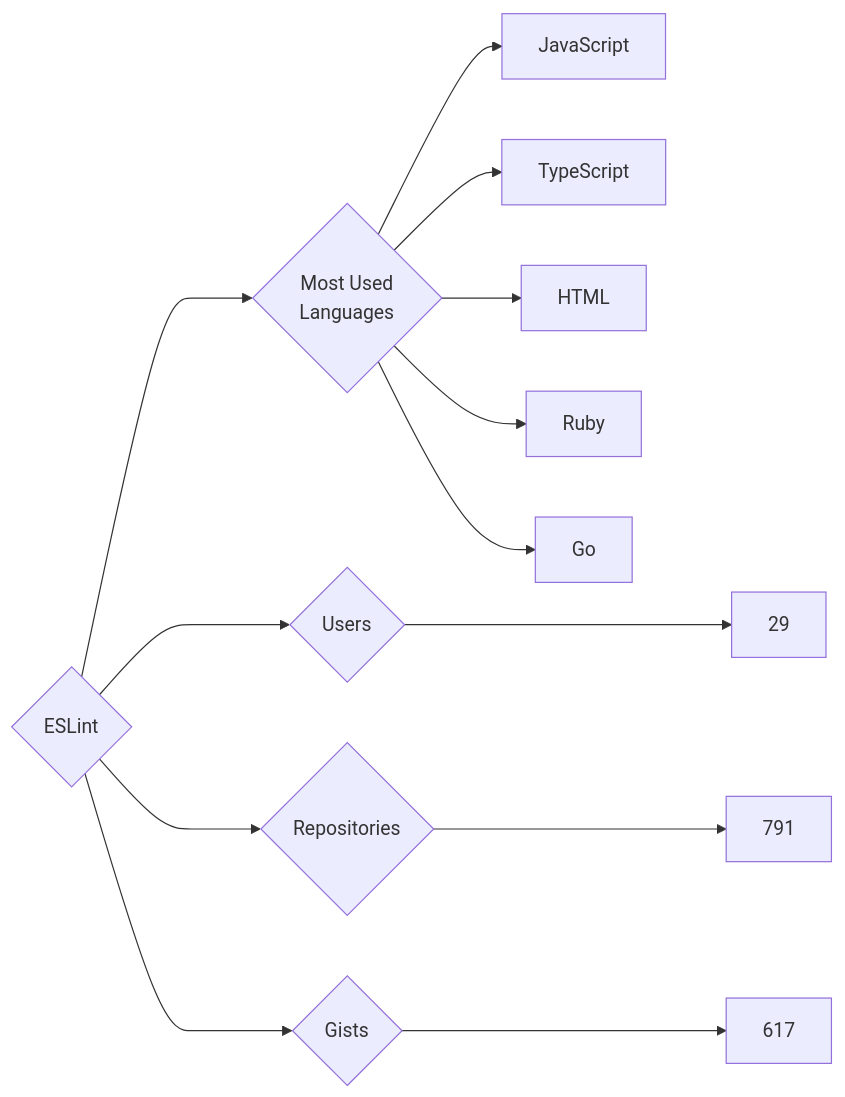
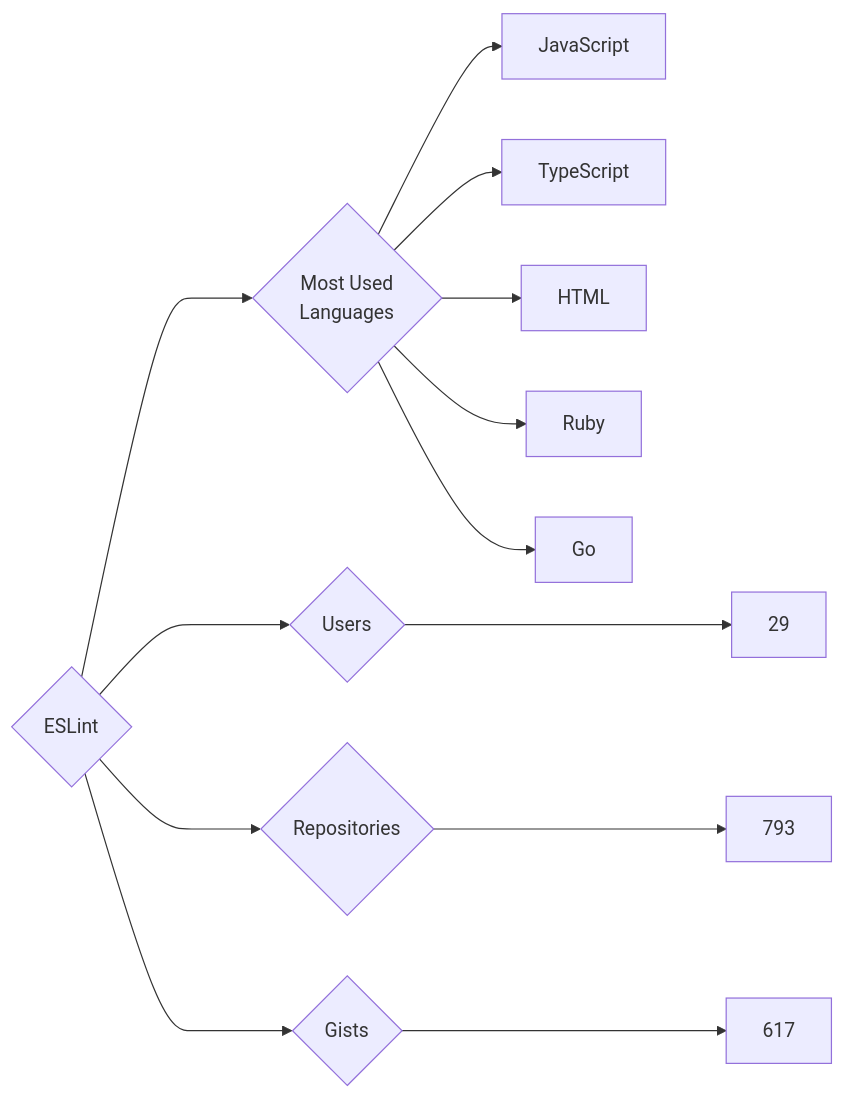
Before and after one commit to trickest/insiders: the diagram in targets/ESLint/README.md, drawn with Mermaid. The commit also changed 809 other files, not shown here.

````diff
--- a/targets/ESLint/README.md
+++ b/targets/ESLint/README.md
@@ -3,13 +3,13 @@
 ```mermaid
 graph LR
 COMPANY_NAME{ESLint}
 COMPANY_NAME ---> U{Users} ---> UN[29]
-COMPANY_NAME ---> R{Repositories} ---> RN[791]
+COMPANY_NAME ---> R{Repositories} ---> RN[793]
 COMPANY_NAME ---> G{Gists} ---> GN[617]
 COMPANY_NAME ---> ML{Most Used<br>Languages}
 ML --> JavaScript[JavaScript]
 ML --> TypeScript[TypeScript]
 ML --> HTML[HTML]
 ML --> Ruby[Ruby]
 ML --> Go[Go]
 ```
````
